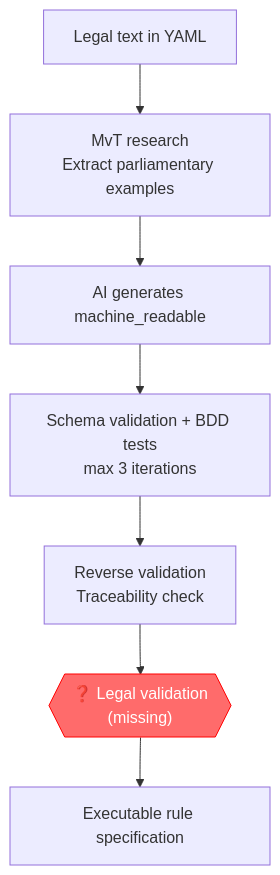
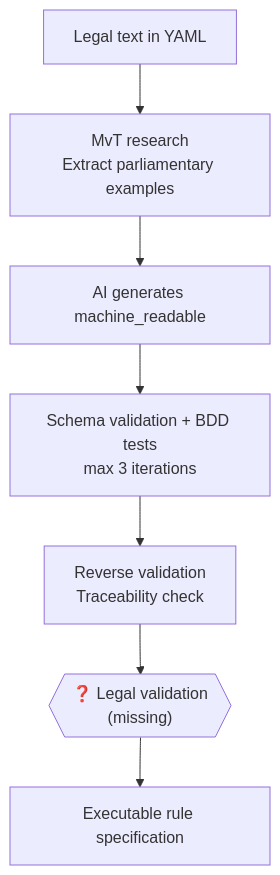
The third of 5 diagrams in docs/src/content/docs/concepts/validation-methodology.md (MinBZK/regelrecht), drawn with Mermaid before and after one commit. The commit also changed 5 other files, not shown here.

First line of the commit message:
feat(docs): mermaid-diagrammen in NLDD-stijl met dark/light-mode

````diff
--- a/docs/src/content/docs/concepts/validation-methodology.md
+++ b/docs/src/content/docs/concepts/validation-methodology.md
@@ -117,11 +117,10 @@
 ```mermaid
 flowchart TD
     A[Legal text in YAML] --> B[MvT research\nExtract parliamentary examples]
     B --> C[AI generates machine_readable]
     C --> D[Schema validation + BDD tests\nmax 3 iterations]
     D --> E[Reverse validation\nTraceability check]
     E --> F{{"❓ Legal validation\n(missing)"}}
     F --> G[Executable rule specification]
 
-    style F fill:#ff6b6b,color:#fff,stroke:#ff0000
 ```
````
